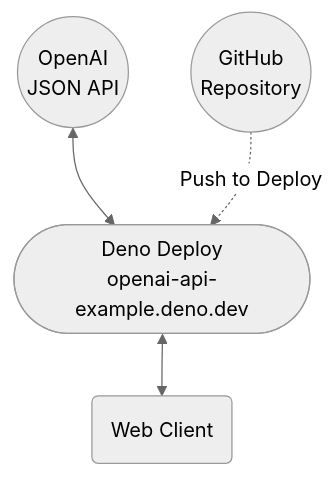
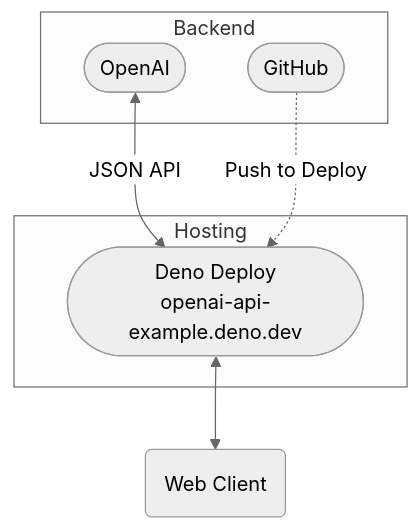
Before and after one commit to dojyorin/openai-api-example: the diagram in README.md, drawn with Mermaid (neutral theme).

Commit message:
update chart.

````diff
--- a/README.md
+++ b/README.md
@@ -7,12 +7,17 @@
 ```mermaid
 flowchart TD
 
-A(("OpenAI\nJSON API"))
-B(("GitHub\nRepository"))
-C(["Deno Deploy\nopenai-api-example.deno.dev"])
+subgraph "Backend"
+    A(["OpenAI"])
+    B(["GitHub"])
+end
 
-A <--> C
+subgraph "Hosting"
+    C(["Deno Deploy\nopenai-api-example.deno.dev"])
+end
+
+A <--"JSON API"--> C
 B -."Push to Deploy".-> C
 
 C <--> D("Web Client")
 ```
````
